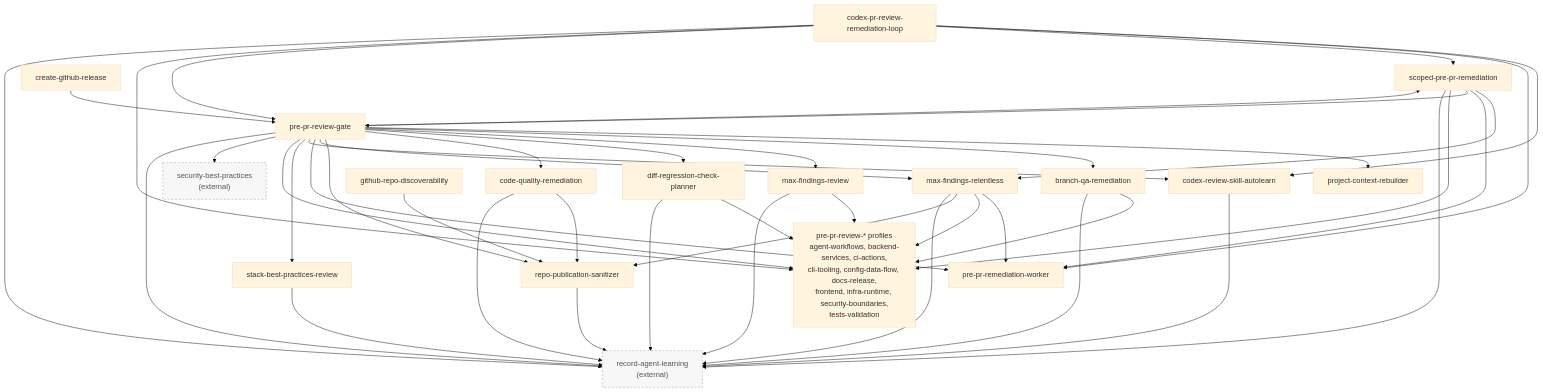
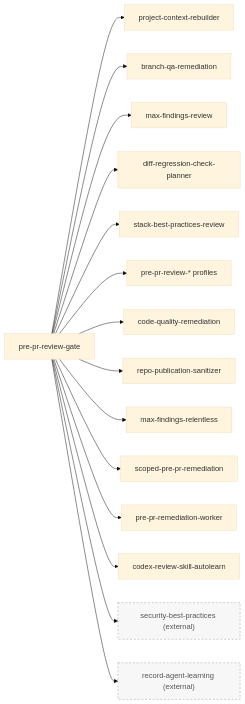
The second of 4 diagrams in README.md (marcomc/skills), drawn with Mermaid (base theme) before and after one commit. The commit also changed other lines of this file, not shown here.

Commit message:
Add PR review coordination and flow diagrams to README

````diff
--- a/README.md
+++ b/README.md
@@ -155,77 +188,43 @@
 ```mermaid
-flowchart TD
+flowchart LR
+    accTitle: Pre-PR gate composition
+    accDescr: Shows the skills invoked by the local pre-PR review gate.
+
     classDef external fill:#f7f7f7,stroke:#999,stroke-dasharray: 4 4,color:#555;
 
-    review_profiles["pre-pr-review-* profiles<br/>agent-workflows, backend-services, ci-actions,<br/>cli-tooling, config-data-flow, docs-release,<br/>frontend, infra-runtime, security-boundaries,<br/>tests-validation"]
-    record_agent_learning["record-agent-learning<br/>(external)"]:::external
-    security_best_practices["security-best-practices<br/>(external)"]:::external
+    gate["pre-pr-review-gate"]
 
-    codex_pr_review_remediation_loop["codex-pr-review-remediation-loop"]
-    codex_review_skill_autolearn["codex-review-skill-autolearn"]
-    pre_pr_remediation_worker["pre-pr-remediation-worker"]
-    scoped_pre_pr_remediation["scoped-pre-pr-remediation"]
-    pre_pr_review_gate["pre-pr-review-gate"]
-    branch_qa_remediation["branch-qa-remediation"]
-    diff_regression_check_planner["diff-regression-check-planner"]
-    max_findings_relentless["max-findings-relentless"]
-    max_findings_review["max-findings-review"]
-    code_quality_remediation["code-quality-remediation"]
-    repo_publication_sanitizer["repo-publication-sanitizer"]
-    project_context_rebuilder["project-context-rebuilder"]
-    stack_best_practices_review["stack-best-practices-review"]
-    create_github_release["create-github-release"]
-    github_repo_discoverability["github-repo-discoverability"]
+    context["project-context-rebuilder"]
+    branch["branch-qa-remediation"]
+    max_review["max-findings-review"]
+    diff_plan["diff-regression-check-planner"]
+    stack_review["stack-best-practices-review"]
+    profiles["pre-pr-review-* profiles"]
 
-    codex_pr_review_remediation_loop --> codex_review_skill_autolearn
-    codex_pr_review_remediation_loop --> pre_pr_remediation_worker
-    codex_pr_review_remediation_loop --> scoped_pre_pr_remediation
-    codex_pr_review_remediation_loop --> pre_pr_review_gate
-    codex_pr_review_remediation_loop --> review_profiles
-    codex_pr_review_remediation_loop --> record_agent_learning
+    quality["code-quality-remediation"]
+    sanitizer["repo-publication-sanitizer"]
+    relentless["max-findings-relentless"]
+    scoped["scoped-pre-pr-remediation"]
+    worker["pre-pr-remediation-worker"]
+    autolearn["codex-review-skill-autolearn"]
 
-    codex_review_skill_autolearn --> record_agent_learning
+    security["security-best-practices (external)"]:::external
+    learning["record-agent-learning (external)"]:::external
 
-    branch_qa_remediation --> review_profiles
-    branch_qa_remediation --> record_agent_learning
+    gate --> context
+    gate --> branch
+    gate --> max_review
+    gate --> diff_plan
+    gate --> stack_review
+    gate --> profiles
 
-    diff_regression_check_planner --> review_profiles
-    diff_regression_check_planner --> record_agent_learning
+    gate --> quality
+    gate --> sanitizer
+    gate --> relentless
+    gate --> scoped
+    gate --> worker
+    gate --> autolearn
 
-    max_findings_review --> review_profiles
-    max_findings_review --> record_agent_learning
-
-    max_findings_relentless --> pre_pr_remediation_worker
-    max_findings_relentless --> review_profiles
-    max_findings_relentless --> repo_publication_sanitizer
-    max_findings_relentless --> record_agent_learning
-
-    scoped_pre_pr_remediation --> max_findings_relentless
-    scoped_pre_pr_remediation --> pre_pr_remediation_worker
-    scoped_pre_pr_remediation --> pre_pr_review_gate
-    scoped_pre_pr_remediation --> review_profiles
-    scoped_pre_pr_remediation --> record_agent_learning
-
-    pre_pr_review_gate --> project_context_rebuilder
-    pre_pr_review_gate --> branch_qa_remediation
-    pre_pr_review_gate --> max_findings_review
-    pre_pr_review_gate --> diff_regression_check_planner
-    pre_pr_review_gate --> code_quality_remediation
-    pre_pr_review_gate --> repo_publication_sanitizer
-    pre_pr_review_gate --> max_findings_relentless
-    pre_pr_review_gate --> scoped_pre_pr_remediation
-    pre_pr_review_gate --> pre_pr_remediation_worker
-    pre_pr_review_gate --> codex_review_skill_autolearn
-    pre_pr_review_gate --> stack_best_practices_review
-    pre_pr_review_gate --> review_profiles
-    pre_pr_review_gate --> security_best_practices
-    pre_pr_review_gate --> record_agent_learning
-
-    code_quality_remediation --> repo_publication_sanitizer
-    code_quality_remediation --> record_agent_learning
-
-    stack_best_practices_review --> record_agent_learning
-    repo_publication_sanitizer --> record_agent_learning
-
-    create_github_release --> pre_pr_review_gate
-    github_repo_discoverability --> repo_publication_sanitizer
+    gate --> security
+    gate --> learning
 ```
````
